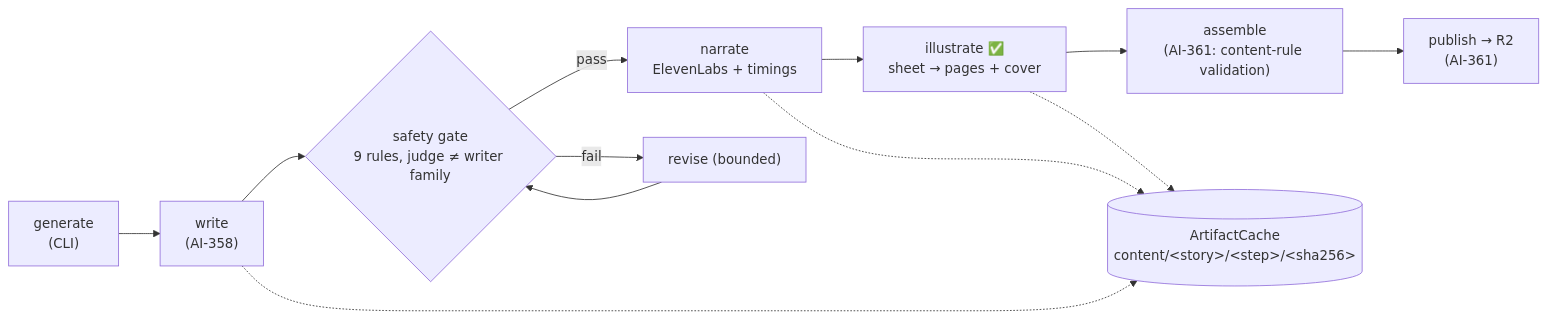
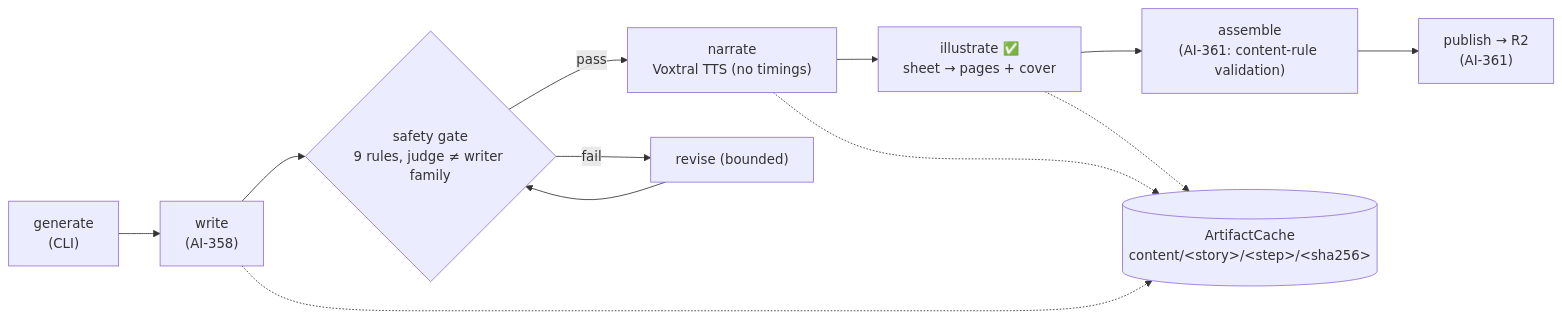
Before and after one commit to darth-dodo/cantastorie: the sixth of 6 diagrams in docs/system-overview.md, drawn with Mermaid. The commit also changed other lines of this file and 13 other files, not shown here.

First line of the commit message:
feat: switch narration from ElevenLabs to Voxtral via OpenRouter (AI-391)

````diff
--- a/docs/system-overview.md
+++ b/docs/system-overview.md
@@ -178,16 +174,16 @@
 ```mermaid
 flowchart LR
     G["generate<br/>(CLI)"] --> W["write<br/>(AI-358)"]
     W --> SG{"safety gate<br/>9 rules, judge ≠ writer family"}
-    SG -- pass --> N["narrate<br/>ElevenLabs + timings"]
+    SG -- pass --> N["narrate<br/>Voxtral TTS (no timings)"]
     SG -- fail --> RV["revise (bounded)"]
     RV --> SG
     N --> I["illustrate ✅<br/>sheet → pages + cover"]
     I --> A["assemble<br/>(AI-361: content-rule validation)"]
     A --> PB["publish → R2<br/>(AI-361)"]
 
     Cache[("ArtifactCache<br/>content/&lt;story&gt;/&lt;step&gt;/&lt;sha256&gt;")]
     W -.-> Cache
     N -.-> Cache
     I -.-> Cache
 ```
````
